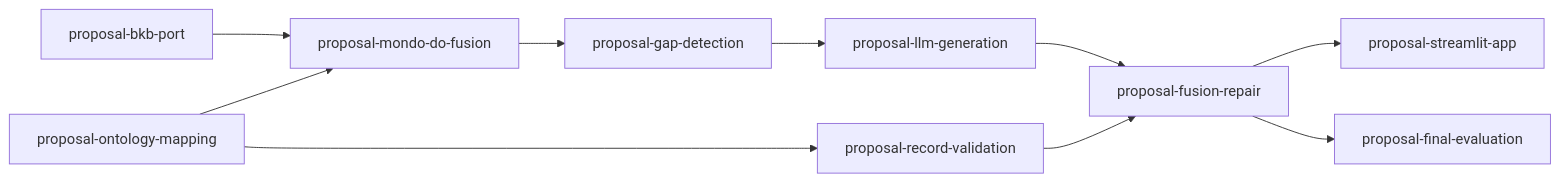
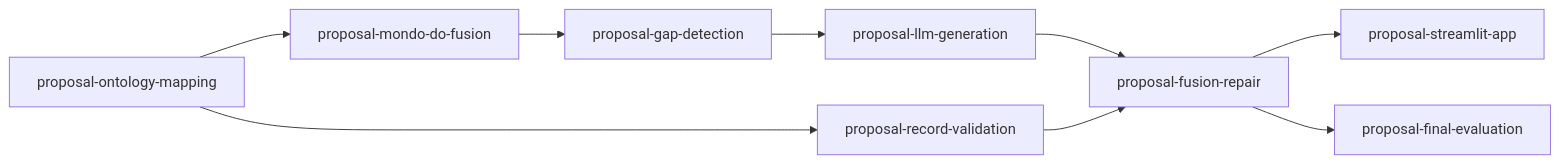
The diagram in tasks/proposal-index.md (joe-dartmouth/synthetic), drawn with Mermaid before and after one commit. The commit also changed other lines of this file and 48 other files, not shown here.

First line of the commit message:
Port pybkb's BKB layer (proposal-bkb-port) (#8)

````diff
--- a/tasks/proposal-index.md
+++ b/tasks/proposal-index.md
@@ -22,12 +21,11 @@
 ```mermaid
 flowchart LR
-    bkb_port[proposal-bkb-port] --> mondo_do_fusion[proposal-mondo-do-fusion]
     ontology_mapping[proposal-ontology-mapping] --> mondo_do_fusion[proposal-mondo-do-fusion]
     mondo_do_fusion[proposal-mondo-do-fusion] --> gap_detection[proposal-gap-detection]
     gap_detection[proposal-gap-detection] --> llm_generation[proposal-llm-generation]
     ontology_mapping[proposal-ontology-mapping] --> record_validation[proposal-record-validation]
     llm_generation[proposal-llm-generation] --> fusion_repair[proposal-fusion-repair]
     record_validation[proposal-record-validation] --> fusion_repair[proposal-fusion-repair]
     fusion_repair[proposal-fusion-repair] --> streamlit_app[proposal-streamlit-app]
     fusion_repair[proposal-fusion-repair] --> final_evaluation[proposal-final-evaluation]
 ```
````
